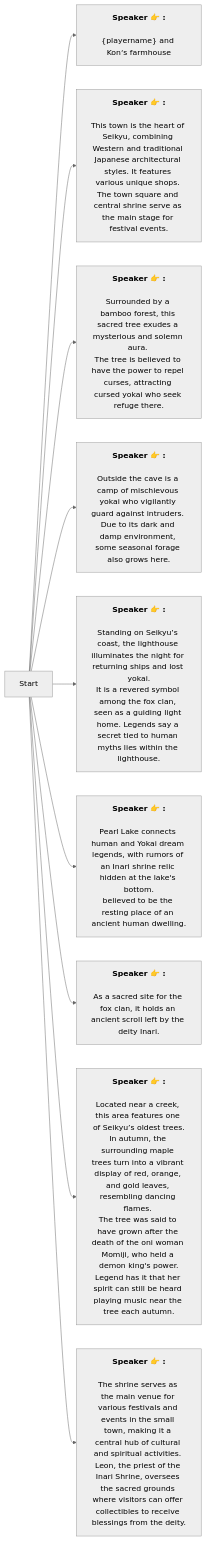
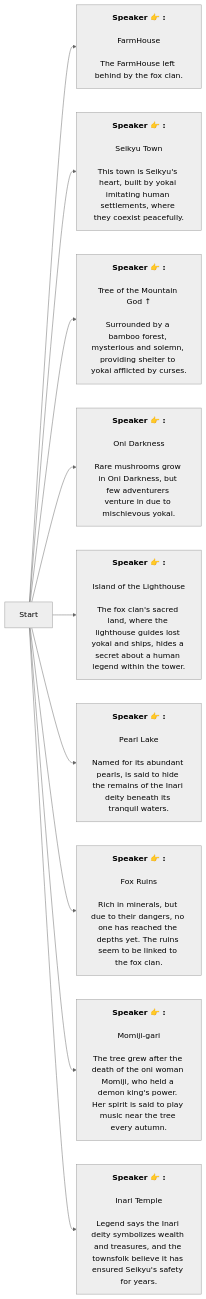
One commit to SoftHu/tos_avg changed the diagram in En/RoadSigns.md. Above: the diagram before and after it, drawn with Mermaid (neutral theme). The commit also changed 410 other files, not shown here.

````diff
--- a/En/RoadSigns.md
+++ b/En/RoadSigns.md
@@ -1,23 +1,40 @@
 ```mermaid
 graph LR
-Start -->1773857195941183[<b>Speaker 👉 :</b>
-\n&lbrace;playername&rbrace; and Kon‘s farmhouse]
-Start -->1773857442925891[<b>Speaker 👉 :</b>
-\nThis town is the heart of Seikyu, combining Western and traditional Japanese architectural styles. It features various unique shops. \nThe town square and central shrine serve as the main stage for festival events.]
-Start -->1773857482260806[<b>Speaker 👉 :</b>
-\nSurrounded by a bamboo forest, this sacred tree exudes a mysterious and solemn aura. \nThe tree is believed to have the power to repel curses, attracting cursed yokai who seek refuge there.]
-Start -->1773857565319497[<b>Speaker 👉 :</b>
-\nOutside the cave is a camp of mischievous yokai who vigilantly guard against intruders. \nDue to its dark and damp environment, some seasonal forage also grows here.]
-Start -->1773857617143116[<b>Speaker 👉 :</b>
-\nStanding on Seikyu’s coast, the lighthouse illuminates the night for returning ships and lost yokai.\nIt is a revered symbol among the fox clan, seen as a guiding light home. Legends say a secret tied to human myths lies within the lighthouse.]
-Start -->1773857702381903[<b>Speaker 👉 :</b>
-\nPearl Lake connects human and Yokai dream legends, with rumors of an Inari shrine relic hidden at the lake's bottom.\nbelieved to be the resting place of an ancient human dwelling.]
-Start -->1773857754189138[<b>Speaker 👉 :</b>
-\nAs a sacred site for the fox clan, it holds an ancient scroll left by the deity Inari. ]
-Start -->1773857821073749[<b>Speaker 👉 :</b>
-\nLocated near a creek, this area features one of Seikyu’s oldest trees.
-In autumn, the surrounding maple trees turn into a vibrant display of red, orange, and gold leaves, resembling dancing flames. \nThe tree was said to have grown after the death of the oni woman Momiji, who held a demon king's power.\nLegend has it that her spirit can still be heard playing music near the tree each autumn.]
-Start -->1773857873172824[<b>Speaker 👉 :</b>
-\nThe shrine serves as the main venue for various festivals and events in the small town, making it a central hub of cultural and spiritual activities. Leon, the priest of the Inari Shrine, oversees the sacred grounds where visitors can offer collectibles to receive blessings from the deity.]
+Start -->1774189677612389[<b>Speaker 👉 :</b>
+\nFarmHouse
+
+The FarmHouse left behind by the fox clan.]
+Start -->1774189691757927[<b>Speaker 👉 :</b>
+\nSeikyu Town
+
+This town is Seikyu's heart, built by yokai imitating human settlements, where they coexist peacefully.]
+Start -->1774189705340265[<b>Speaker 👉 :</b>
+\nTree of the Mountain God ↑
+
+Surrounded by a bamboo forest, mysterious and solemn, providing shelter to yokai afflicted by curses.]
+Start -->1774189719104875[<b>Speaker 👉 :</b>
+\nOni Darkness
+
+Rare mushrooms grow in Oni Darkness, but few adventurers venture in due to mischievous yokai.]
+Start -->1774189780885869[<b>Speaker 👉 :</b>
+\nIsland of the Lighthouse
+
+The fox clan's sacred land, where the lighthouse guides lost yokai and ships, hides a secret about a human legend within the tower.]
+Start -->1774189828753775[<b>Speaker 👉 :</b>
+\nPearl Lake
+
+Named for its abundant pearls, is said to hide the remains of the Inari deity beneath its tranquil waters.]
+Start -->1774189835710833[<b>Speaker 👉 :</b>
+\nFox Ruins
+
+Rich in minerals, but due to their dangers, no one has reached the depths yet. The ruins seem to be linked to the fox clan.]
+Start -->1774190276512115[<b>Speaker 👉 :</b>
+\nMomiji-gari
+
+The tree grew after the death of the oni woman Momiji, who held a demon king's power. Her spirit is said to play music near the tree every autumn.]
+Start -->1774190287572341[<b>Speaker 👉 :</b>
+\nInari Temple
+
+Legend says the Inari deity symbolizes wealth and treasures, and the townsfolk believe it has ensured Seikyu's safety for years.]
 
 ```
````
